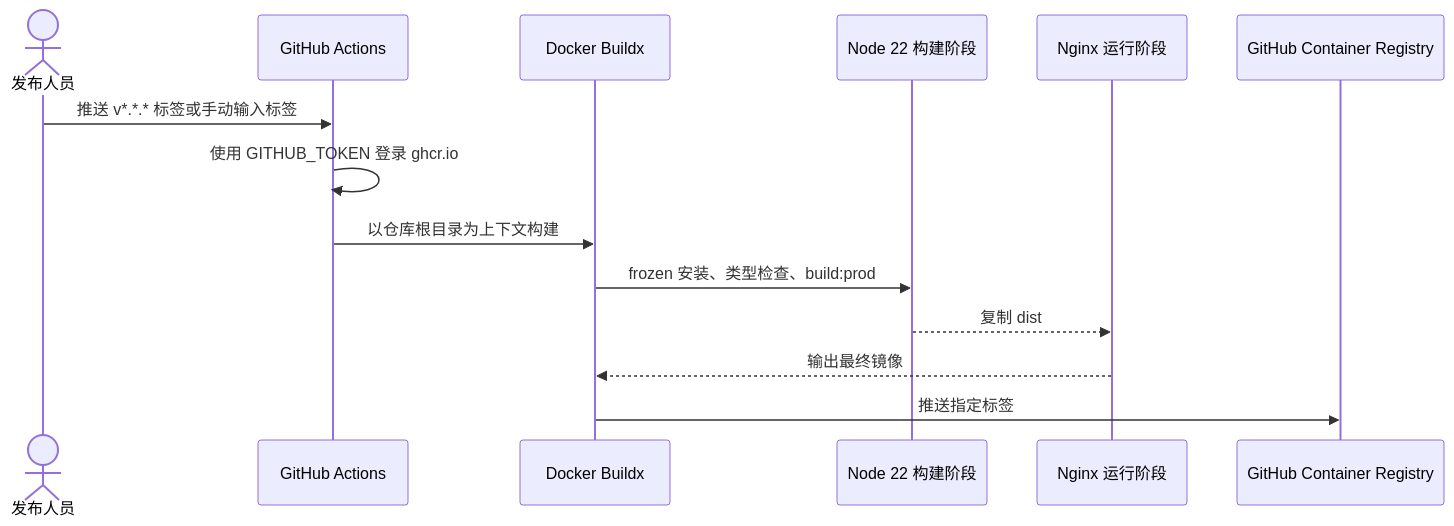
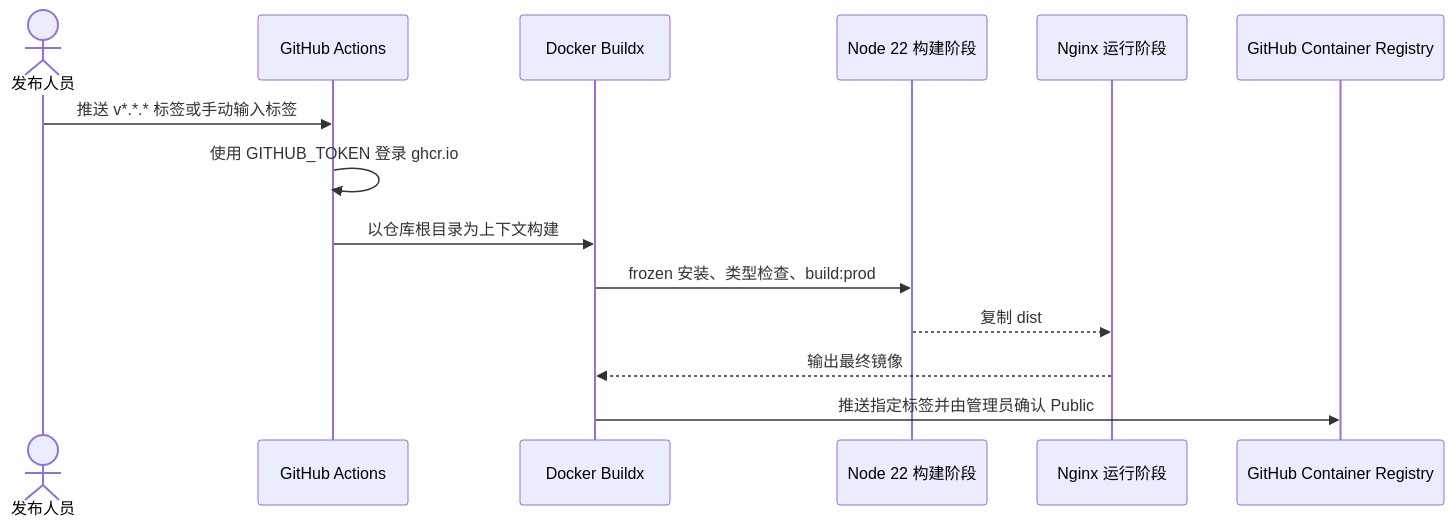
One commit to anInterestingName/Saber changed the diagram in doc/design/DESIGN-REQ-2026-008-ghcr-image-publishing.md. Above: the diagram before and after it, drawn with Mermaid. The commit also changed other lines of this file and 6 other files, not shown here.

````diff
--- a/doc/design/DESIGN-REQ-2026-008-ghcr-image-publishing.md
+++ b/doc/design/DESIGN-REQ-2026-008-ghcr-image-publishing.md
@@ -51,16 +51,16 @@
 ```mermaid
 sequenceDiagram
     actor Maintainer as 发布人员
     participant Actions as GitHub Actions
     participant Buildx as Docker Buildx
     participant Builder as Node 22 构建阶段
     participant Runtime as Nginx 运行阶段
     participant GHCR as GitHub Container Registry
     Maintainer->>Actions: 推送 v*.*.* 标签或手动输入标签
     Actions->>Actions: 使用 GITHUB_TOKEN 登录 ghcr.io
     Actions->>Buildx: 以仓库根目录为上下文构建
     Buildx->>Builder: frozen 安装、类型检查、build:prod
     Builder-->>Runtime: 复制 dist
     Runtime-->>Buildx: 输出最终镜像
-    Buildx->>GHCR: 推送指定标签
+    Buildx->>GHCR: 推送指定标签并由管理员确认 Public
 ```
````
